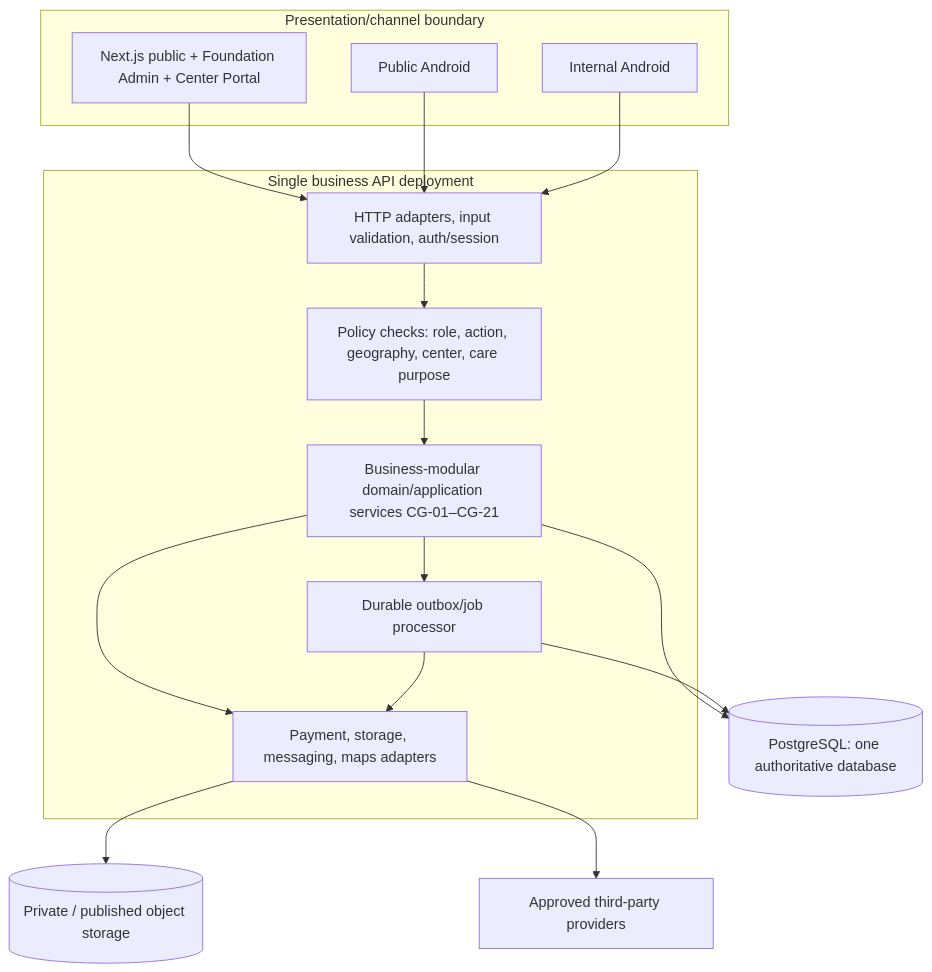
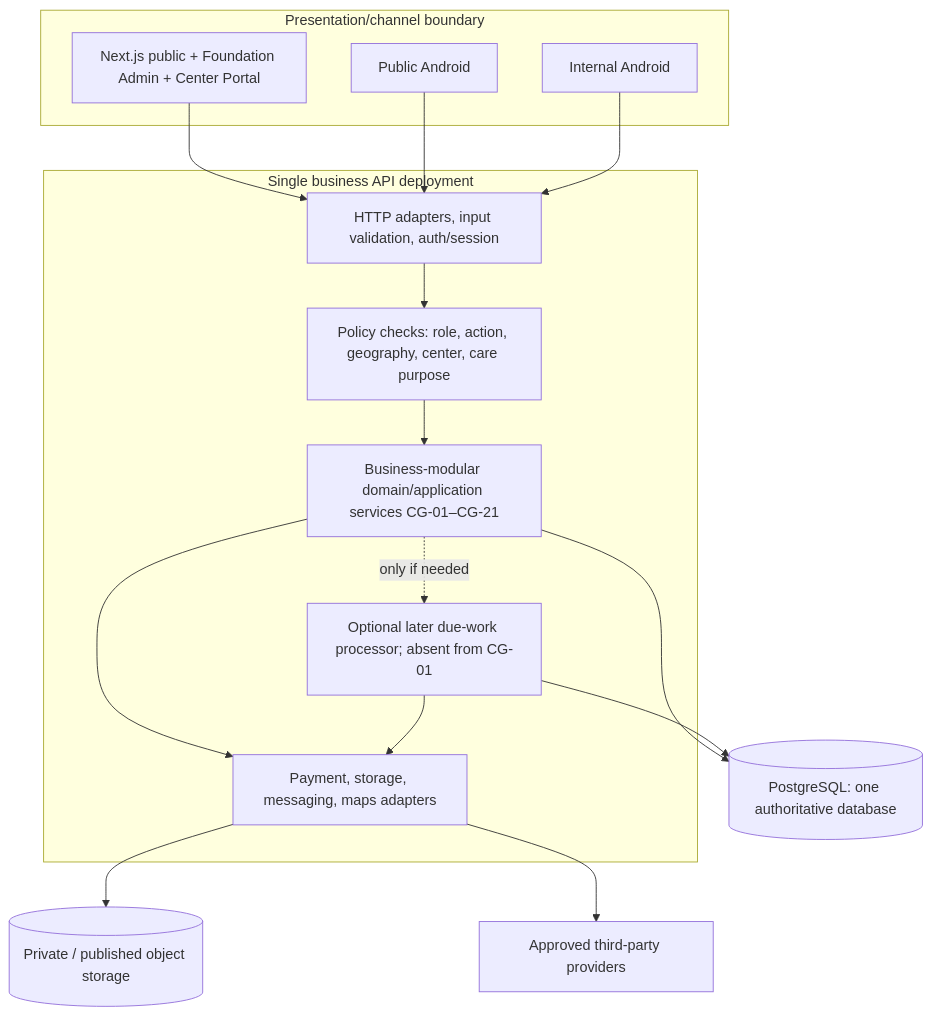
Before and after one commit to jasiqlabs/careganga: the second of 3 diagrams in specs/initiatives/careganga-foundation-platform/hld.md, drawn with Mermaid. The commit also changed other lines of this file and 4 other files, not shown here.

````diff
--- a/specs/initiatives/careganga-foundation-platform/hld.md
+++ b/specs/initiatives/careganga-foundation-platform/hld.md
@@ -111,29 +111,29 @@
 ```mermaid
 flowchart TB
   subgraph Clients["Presentation/channel boundary"]
     Web["Next.js public + Foundation Admin + Center Portal"]
     A1["Public Android"]
     A2["Internal Android"]
   end
   subgraph Server["Single business API deployment"]
     Edge["HTTP adapters, input validation, auth/session"]
     Policy["Policy checks: role, action, geography, center, care purpose"]
     Modules["Business-modular domain/application services CG-01–CG-21"]
     Integration["Payment, storage, messaging, maps adapters"]
-    Jobs["Durable outbox/job processor"]
+    Jobs["Optional later due-work processor; absent from CG-01"]
     Edge --> Policy --> Modules
     Modules --> Integration
-    Modules --> Jobs
+    Modules -. only if needed .-> Jobs
   end
   PG[("PostgreSQL: one authoritative database")]
   Storage[("Private / published object storage")]
   Ext["Approved third-party providers"]
   Web --> Edge
   A1 --> Edge
   A2 --> Edge
   Modules --> PG
   Jobs --> PG
   Integration --> Storage
   Integration --> Ext
   Jobs --> Integration
 ```
````
